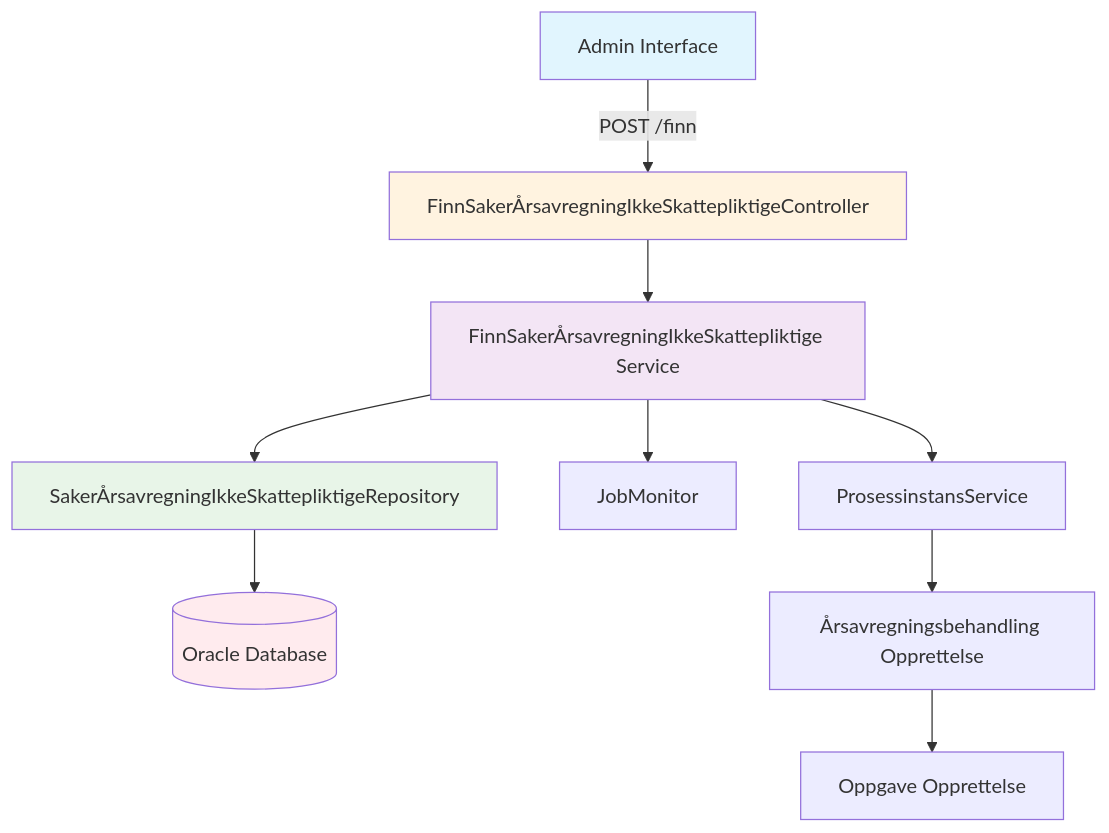
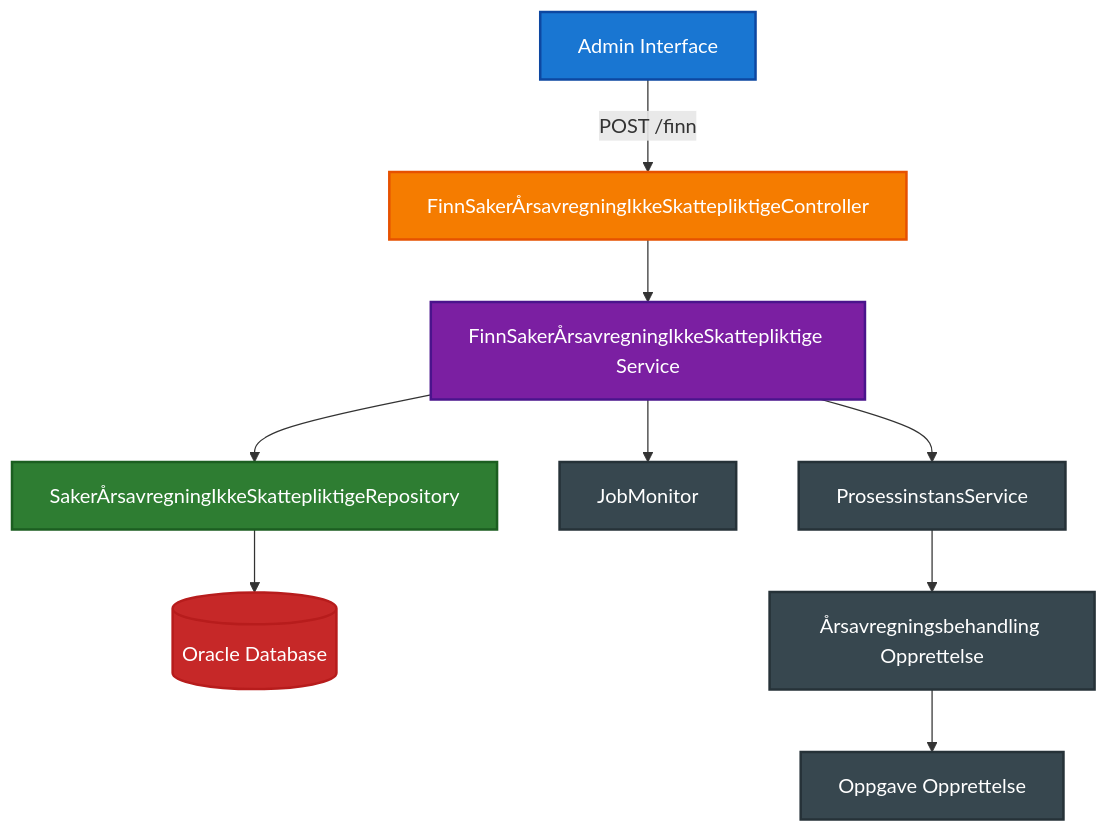
Before and after one commit to navikt/melosys-api: the first of 2 diagrams in service/src/main/kotlin/no/nav/melosys/service/ftrl/årsavregning_ikke_skattepliktige_design.md, drawn with Mermaid. The commit also changed other lines of this file, not shown here.

Commit message:
Oppdatert Årsavregning for Ikke-Skattepliktige Saker - Løsningsdesign

````diff
--- a/service/src/main/kotlin/no/nav/melosys/service/ftrl/årsavregning_ikke_skattepliktige_design.md
+++ b/service/src/main/kotlin/no/nav/melosys/service/ftrl/årsavregning_ikke_skattepliktige_design.md
@@ -18,16 +18,17 @@
 ```mermaid
 graph TB
     A[Admin Interface] -->|POST /finn| B[FinnSakerÅrsavregningIkkeSkattepliktigeController]
     B --> C[FinnSakerÅrsavregningIkkeSkattepliktige Service]
     C --> D[SakerÅrsavregningIkkeSkattepliktigeRepository]
     D --> E[(Oracle Database)]
     C --> F[JobMonitor]
     C --> G[ProsessinstansService]
     G --> H[Årsavregningsbehandling Opprettelse]
     H --> I[Oppgave Opprettelse]
-    style A fill: #e1f5fe
-    style B fill: #fff3e0
-    style C fill: #f3e5f5
-    style D fill: #e8f5e8
-    style E fill: #ffebee
+    style A fill: #1976d2, stroke: #0d47a1, stroke-width: 2px, color: #ffffff
+    style B fill: #f57c00, stroke: #e65100, stroke-width: 2px, color: #ffffff
+    style C fill: #7b1fa2, stroke: #4a148c, stroke-width: 2px, color: #ffffff
+    style D fill: #2e7d32, stroke: #1b5e20, stroke-width: 2px, color: #ffffff
+    style E fill: #c62828, stroke: #b71c1c, stroke-width: 2px, color: #ffffff
+    classDef default fill: #37474f, stroke: #263238, stroke-width: 2px, color: #ffffff
 ```
````
